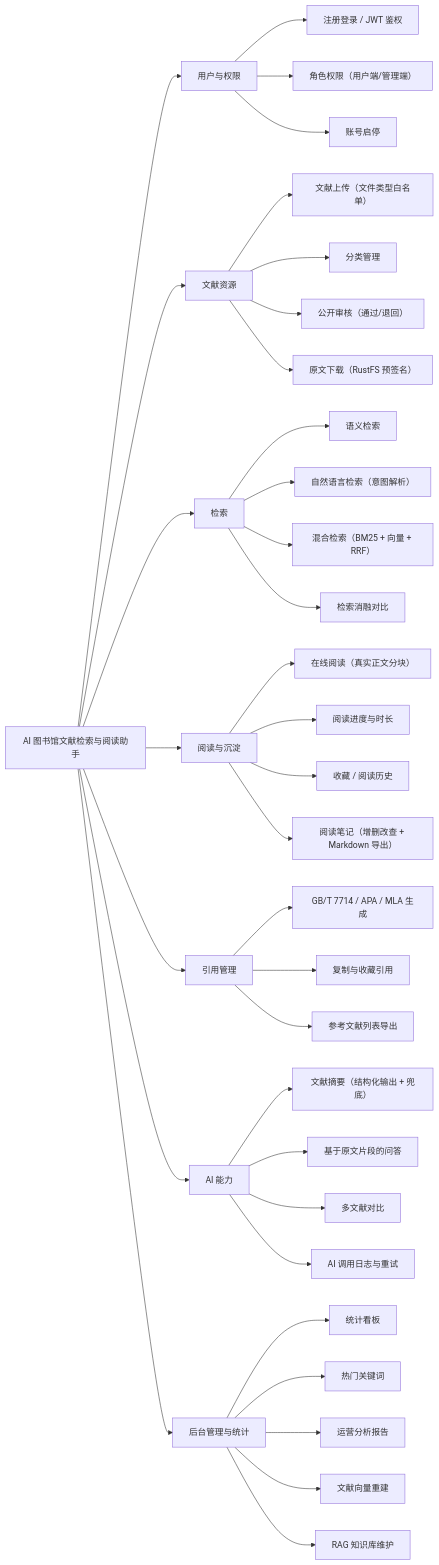
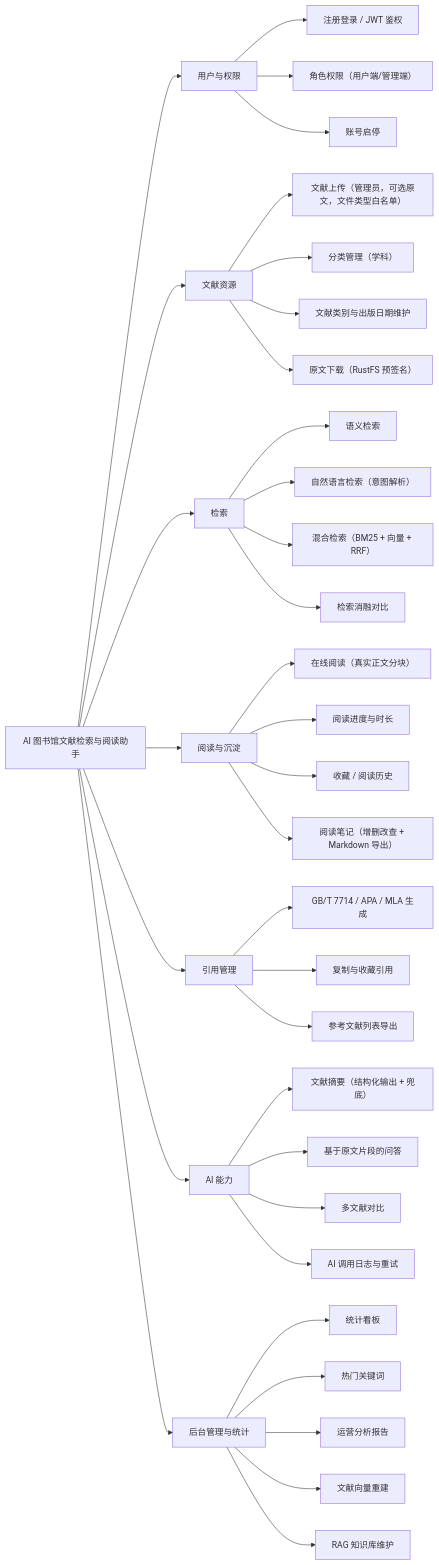
The second of 13 diagrams in doc/AI图书馆文献检索与阅读助手-05-设计图表.md (MaouXY/ScholarMind), drawn with Mermaid before and after one commit. The commit also changed other lines of this file and 50 other files, not shown here.

````diff
--- a/doc/AI图书馆文献检索与阅读助手-05-设计图表.md
+++ b/doc/AI图书馆文献检索与阅读助手-05-设计图表.md
@@ -77,46 +80,46 @@
 ```mermaid
 flowchart LR
     ROOT["AI 图书馆文献检索与阅读助手"]
 
     ROOT --> M1["用户与权限"]
     ROOT --> M2["文献资源"]
     ROOT --> M3["检索"]
     ROOT --> M4["阅读与沉淀"]
     ROOT --> M5["引用管理"]
     ROOT --> M6["AI 能力"]
     ROOT --> M7["后台管理与统计"]
 
     M1 --> M1a["注册登录 / JWT 鉴权"]
     M1 --> M1b["角色权限（用户端/管理端）"]
     M1 --> M1c["账号启停"]
 
-    M2 --> M2a["文献上传（文件类型白名单）"]
-    M2 --> M2b["分类管理"]
-    M2 --> M2c["公开审核（通过/退回）"]
+    M2 --> M2a["文献上传（管理员，可选原文，文件类型白名单）"]
+    M2 --> M2b["分类管理（学科）"]
+    M2 --> M2c["文献类别与出版日期维护"]
     M2 --> M2d["原文下载（RustFS 预签名）"]
 
     M3 --> M3a["语义检索"]
     M3 --> M3b["自然语言检索（意图解析）"]
     M3 --> M3c["混合检索（BM25 + 向量 + RRF）"]
     M3 --> M3d["检索消融对比"]
 
     M4 --> M4a["在线阅读（真实正文分块）"]
     M4 --> M4b["阅读进度与时长"]
     M4 --> M4c["收藏 / 阅读历史"]
     M4 --> M4d["阅读笔记（增删改查 + Markdown 导出）"]
 
     M5 --> M5a["GB/T 7714 / APA / MLA 生成"]
     M5 --> M5b["复制与收藏引用"]
     M5 --> M5c["参考文献列表导出"]
 
     M6 --> M6a["文献摘要（结构化输出 + 兜底）"]
     M6 --> M6b["基于原文片段的问答"]
     M6 --> M6c["多文献对比"]
     M6 --> M6d["AI 调用日志与重试"]
 
     M7 --> M7a["统计看板"]
     M7 --> M7b["热门关键词"]
     M7 --> M7c["运营分析报告"]
     M7 --> M7d["文献向量重建"]
     M7 --> M7e["RAG 知识库维护"]
 ```
````
